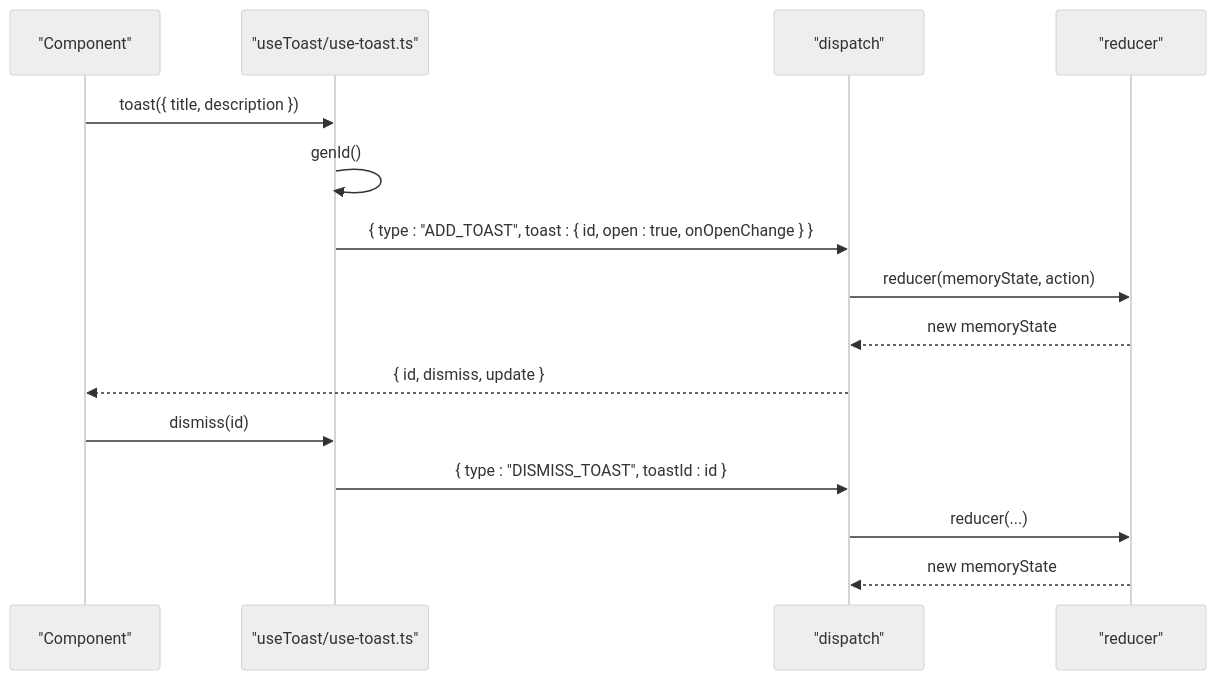
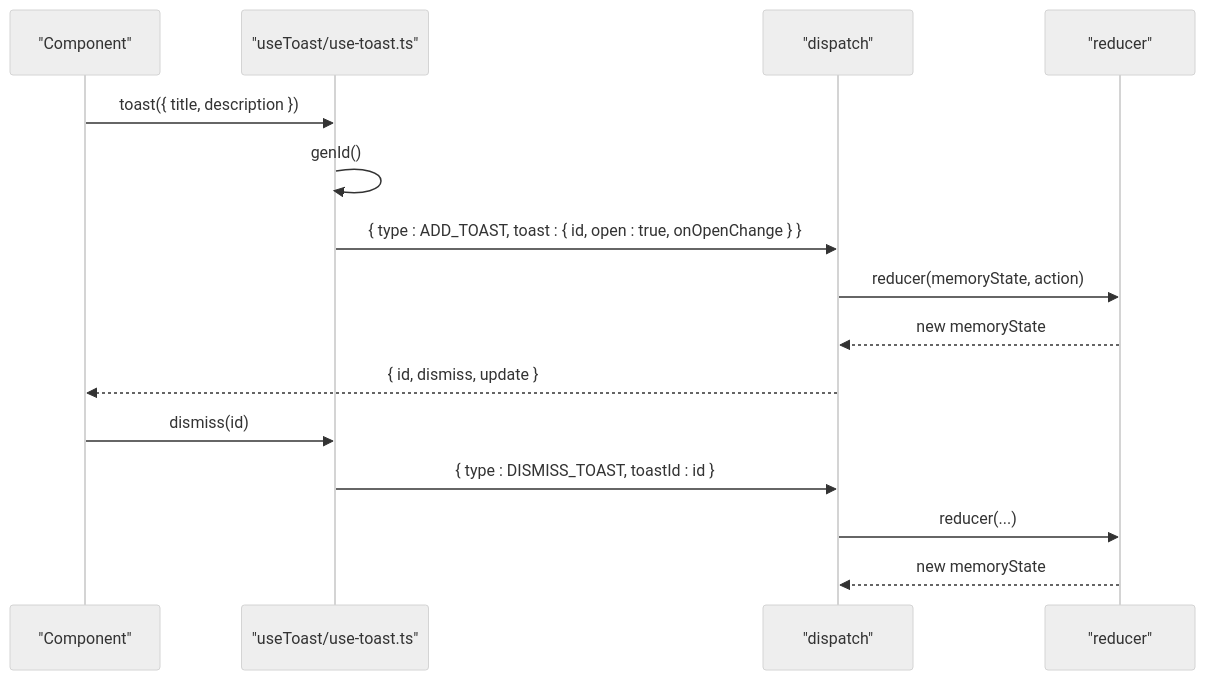
Before and after one commit to mohjak/sc-dof: the fifth of 8 diagrams in .qoder/repowiki/en/content/State Management/Custom Hooks for State Management/useToast Hook.md, drawn with Mermaid (neutral theme). The commit also changed other lines of this file and 68 other files, not shown here.

First line of the commit message:
docs(docs): update component architecture docs with markdown formatting fixes

````diff
--- a/.qoder/repowiki/en/content/State Management/Custom Hooks for State Management/useToast Hook.md
+++ b/.qoder/repowiki/en/content/State Management/Custom Hooks for State Management/useToast Hook.md
@@ -185,17 +183,17 @@
 ```mermaid
 sequenceDiagram
 participant Comp as "Component"
 participant Hook as "useToast/use-toast.ts"
 participant Disp as "dispatch"
 participant Red as "reducer"
 Comp->>Hook : toast({ title, description })
 Hook->>Hook : genId()
-Hook->>Disp : { type : "ADD_TOAST", toast : { id, open : true, onOpenChange } }
+Hook->>Disp : { type : ADD_TOAST, toast : { id, open : true, onOpenChange } }
 Disp->>Red : reducer(memoryState, action)
 Red-->>Disp : new memoryState
 Disp-->>Comp : { id, dismiss, update }
 Comp->>Hook : dismiss(id)
-Hook->>Disp : { type : "DISMISS_TOAST", toastId : id }
+Hook->>Disp : { type : DISMISS_TOAST, toastId : id }
 Disp->>Red : reducer(...)
 Red-->>Disp : new memoryState
 ```
````
